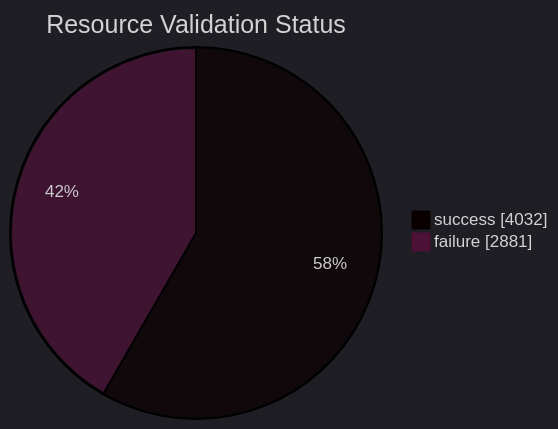
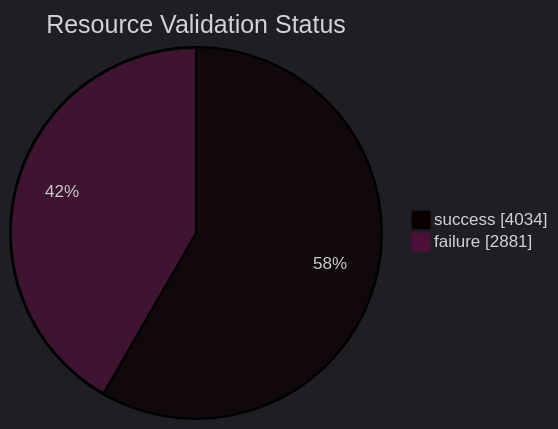
Before and after one commit to open-data/analytics-corporate-reporting: the first of 5 diagrams in datastore_tracker/README.md, drawn with Mermaid. The commit also changed other lines of this file and 8 other files, not shown here.

````diff
--- a/datastore_tracker/README.md
+++ b/datastore_tracker/README.md
@@ -20,9 +20,9 @@
 ```mermaid
 ---
 config:
   theme: dark
 ---
 pie showData title Resource Validation Status
-    "success": 4032
+    "success": 4034
     "failure": 2881
 ```
````
